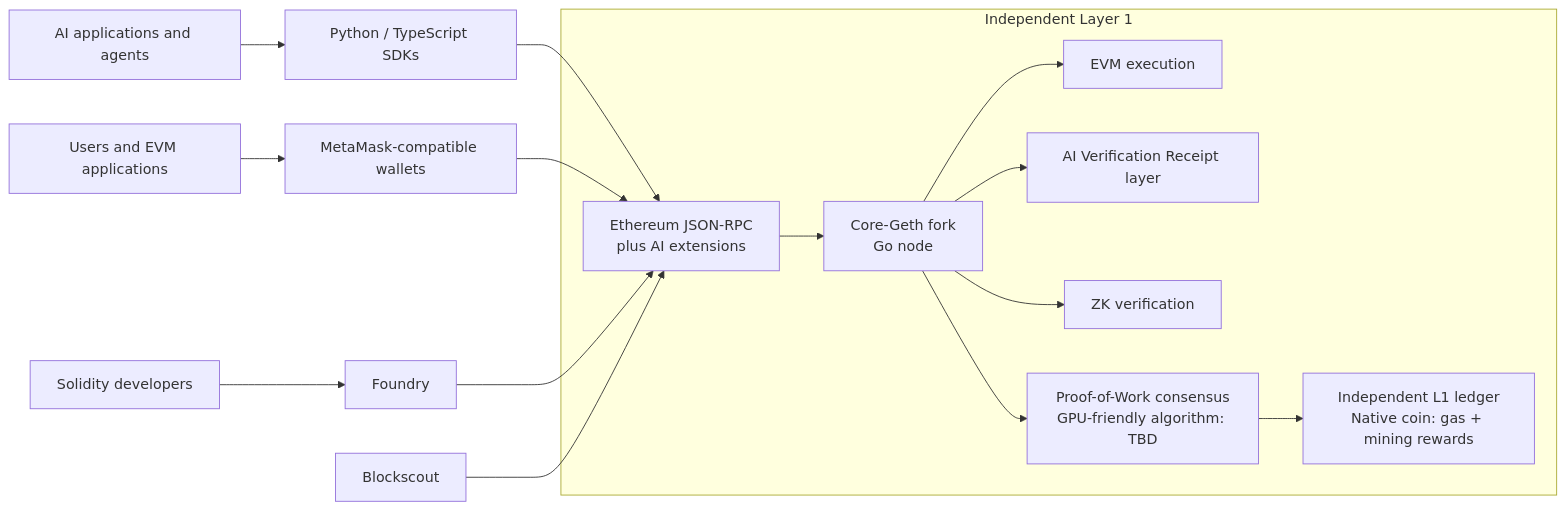
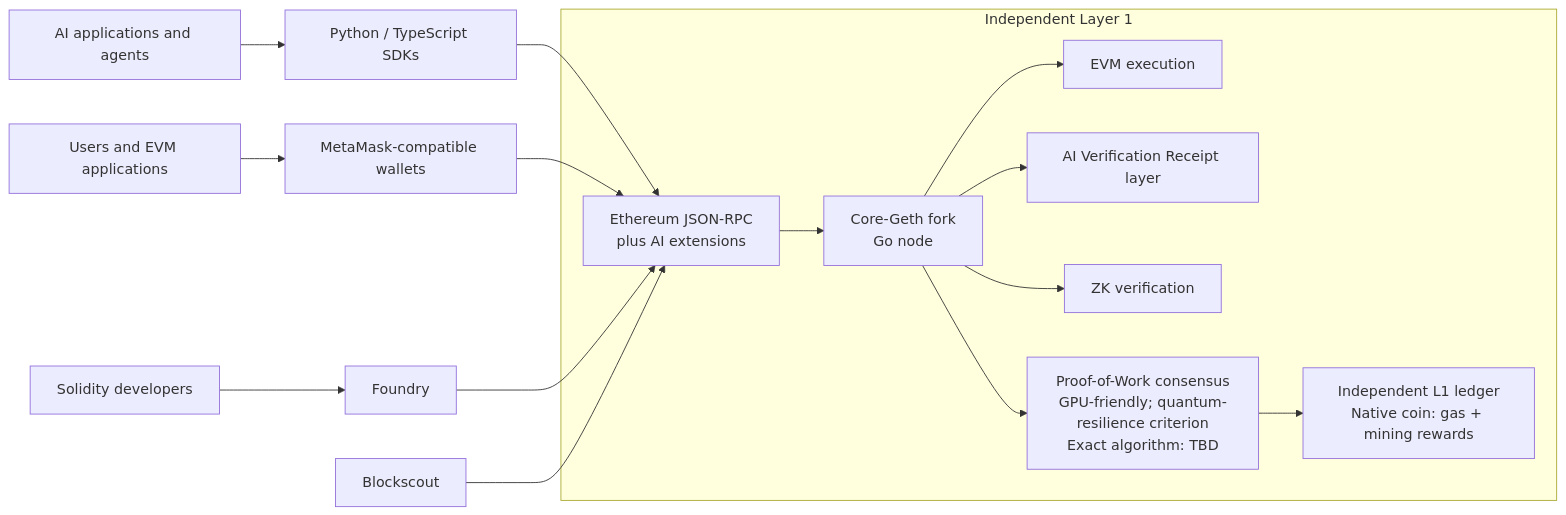
The diagram in docs/core-l1-architecture-and-tooling.md (loftedplacebo/AIChain), drawn with Mermaid before and after one commit. The commit also changed other lines of this file and 1 other file, not shown here.

Commit message:
Require quantum-resilience assessment for PoW

````diff
--- a/docs/core-l1-architecture-and-tooling.md
+++ b/docs/core-l1-architecture-and-tooling.md
@@ -39,20 +39,20 @@
 ```mermaid
 flowchart LR
     AI["AI applications and agents"] --> SDK["Python / TypeScript SDKs"]
     USERS["Users and EVM applications"] --> WALLET["MetaMask-compatible wallets"]
     DEVELOPERS["Solidity developers"] --> FOUNDRY["Foundry"]
 
     SDK --> RPC["Ethereum JSON-RPC<br/>plus AI extensions"]
     WALLET --> RPC
     FOUNDRY --> RPC
     EXPLORER["Blockscout"] --> RPC
 
     subgraph L1["Independent Layer 1"]
         RPC --> NODE["Core-Geth fork<br/>Go node"]
         NODE --> EVM["EVM execution"]
         NODE --> AVR["AI Verification Receipt layer"]
         NODE --> ZK["ZK verification"]
-        NODE --> POW["Proof-of-Work consensus<br/>GPU-friendly algorithm: TBD"]
+        NODE --> POW["Proof-of-Work consensus<br/>GPU-friendly; quantum-resilience criterion<br/>Exact algorithm: TBD"]
         POW --> LEDGER["Independent L1 ledger<br/>Native coin: gas + mining rewards"]
     end
 ```
````
